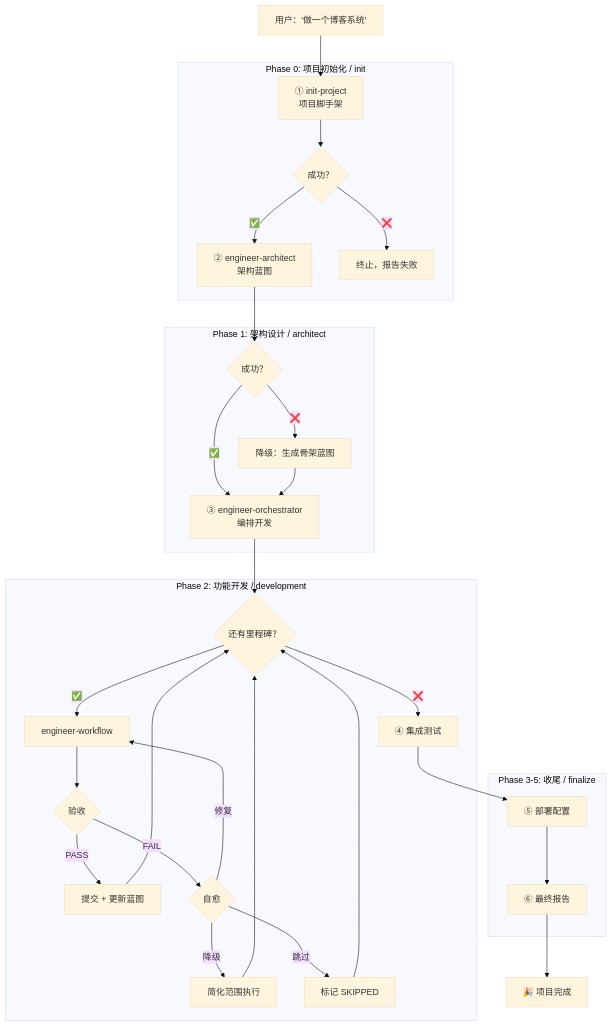
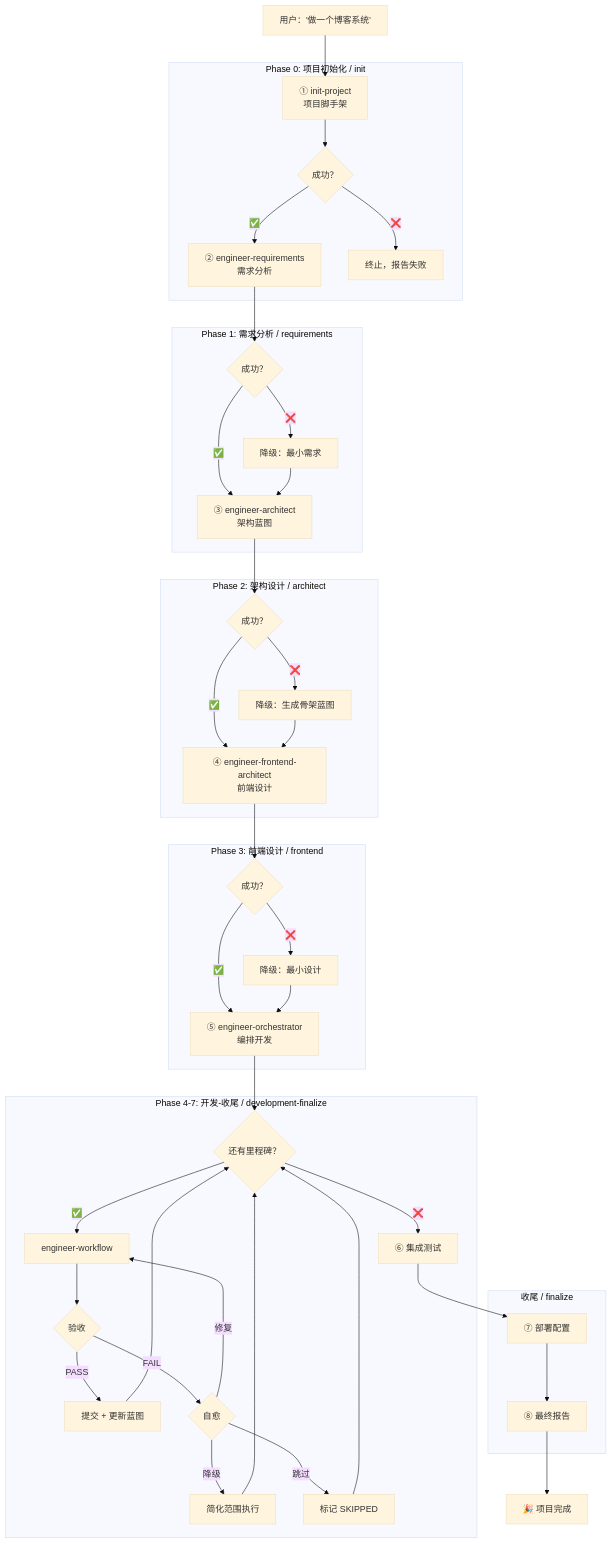
Before and after one commit to iannil/skills: the diagram in skills/engineer-job/SKILL.md, drawn with Mermaid (base theme). The commit also changed other lines of this file, not shown here.

First line of the commit message:
docs: update engineer-job SKILL.md for 8-phase orchestration

````diff
--- a/skills/engineer-job/SKILL.md
+++ b/skills/engineer-job/SKILL.md
@@ -163,39 +167,53 @@
 ```mermaid
 graph TD
     USER["用户：'做一个博客系统'"] --> PHASE0
     
     subgraph "Phase 0: 项目初始化 / init"
         PHASE0["① init-project<br/>项目脚手架"] --> OK0{"成功？"}
         OK0 -->|"✅"| PHASE1
         OK0 -->|"❌"| FAIL0["终止，报告失败"]
     end
     
-    subgraph "Phase 1: 架构设计 / architect"
-        PHASE1["② engineer-architect<br/>架构蓝图"] --> OK1{"成功？"}
+    subgraph "Phase 1: 需求分析 / requirements"
+        PHASE1["② engineer-requirements<br/>需求分析"] --> OK1{"成功？"}
         OK1 -->|"✅"| PHASE2
-        OK1 -->|"❌"| DEGRADE1["降级：生成骨架蓝图"]
+        OK1 -->|"❌"| DEGRADE1["降级：最小需求"]
         DEGRADE1 --> PHASE2
     end
     
-    subgraph "Phase 2: 功能开发 / development"
-        PHASE2["③ engineer-orchestrator<br/>编排开发"] --> LOOP{"还有里程碑？"}
+    subgraph "Phase 2: 架构设计 / architect"
+        PHASE2["③ engineer-architect<br/>架构蓝图"] --> OK2{"成功？"}
+        OK2 -->|"✅"| PHASE3
+        OK2 -->|"❌"| DEGRADE2["降级：生成骨架蓝图"]
+        DEGRADE2 --> PHASE3
+    end
+    
+    subgraph "Phase 3: 前端设计 / frontend"
+        PHASE3["④ engineer-frontend-architect<br/>前端设计"] --> OK3{"成功？"}
+        OK3 -->|"✅"| PHASE4
+        OK3 -->|"❌"| DEGRADE3["降级：最小设计"]
+        DEGRADE3 --> PHASE4
+    end
+    
+    subgraph "Phase 4-7: 开发-收尾 / development-finalize"
+        PHASE4["⑤ engineer-orchestrator<br/>编排开发"] --> LOOP{"还有里程碑？"}
         LOOP -->|"✅"| MS["engineer-workflow"]
         MS --> INSPECT{"验收"}
         INSPECT -->|"PASS"| COMMIT["提交 + 更新蓝图"]
         INSPECT -->|"FAIL"| HEAL{"自愈"}
         HEAL -->|"修复"| MS
         HEAL -->|"降级"| MS2["简化范围执行"]
         HEAL -->|"跳过"| SKIP["标记 SKIPPED"]
         SKIP --> LOOP
         COMMIT --> LOOP
         MS2 --> LOOP
-        LOOP -->|"❌"| PHASE3
+        LOOP -->|"❌"| PHASE5
     end
     
-    subgraph "Phase 3-5: 收尾 / finalize"
-        PHASE3["④ 集成测试"] --> PHASE4["⑤ 部署配置"]
-        PHASE4 --> PHASE5["⑥ 最终报告"]
+    subgraph "收尾 / finalize"
+        PHASE5["⑥ 集成测试"] --> PHASE6["⑦ 部署配置"]
+        PHASE6 --> PHASE7["⑧ 最终报告"]
     end
     
-    PHASE5 --> DONE["🎉 项目完成"]
+    PHASE7 --> DONE["🎉 项目完成"]
 ```
````
